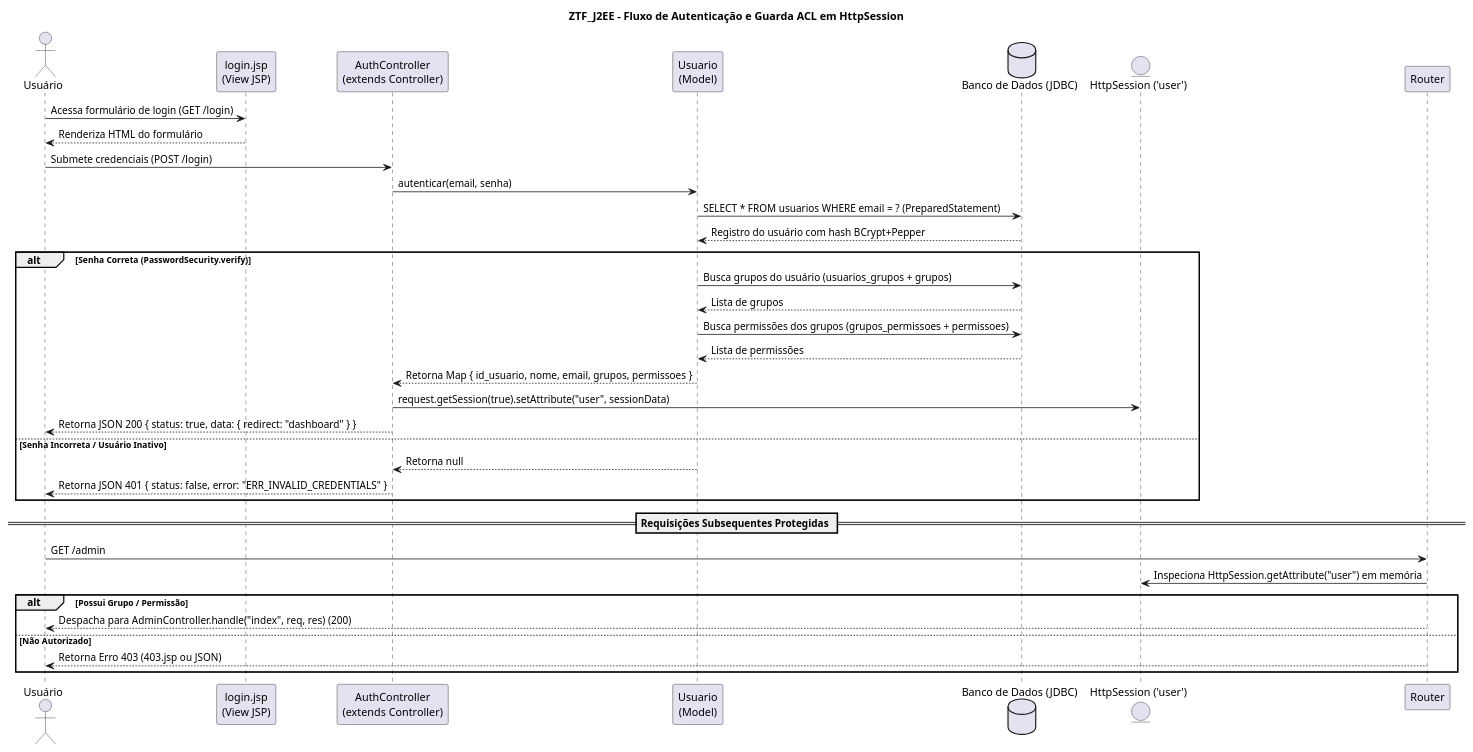
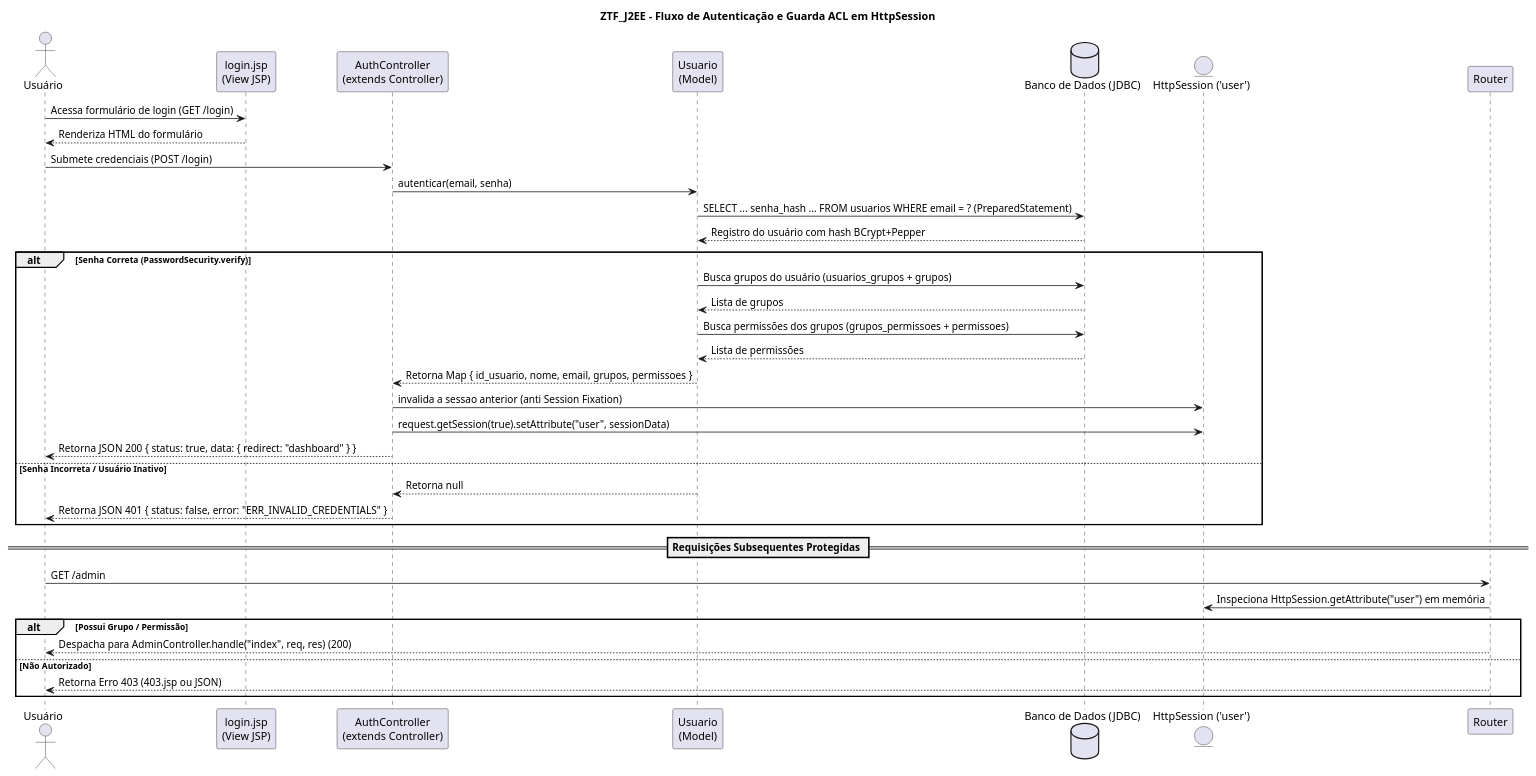
One commit to roobertoAlves/hospital-case-backend changed the diagram in src/main/webapp/WEB-INF/documentation/Session_ACL.puml. Above: the diagram before and after it, drawn with PlantUML. The commit also changed 11 other files, not shown here.

First line of the commit message:
docs: atualiza PlantUML, manual e README para recuperacao por token e banco hospital

```diff
--- a/src/main/webapp/WEB-INF/documentation/Session_ACL.puml
+++ b/src/main/webapp/WEB-INF/documentation/Session_ACL.puml
@@ -1,44 +1,45 @@
 @startuml Session_ACL
 title ZTF_J2EE - Fluxo de Autenticação e Guarda ACL em HttpSession
 
 actor "Usuário" as User
 participant "login.jsp\n(View JSP)" as View
 participant "AuthController\n(extends Controller)" as Auth
 participant "Usuario\n(Model)" as Model
 database "Banco de Dados (JDBC)" as DB
 entity "HttpSession ('user')" as Session
 participant "Router" as Router
 
 User -> View : Acessa formulário de login (GET /login)
 View --> User : Renderiza HTML do formulário
 
 User -> Auth : Submete credenciais (POST /login)
 Auth -> Model : autenticar(email, senha)
-Model -> DB : SELECT * FROM usuarios WHERE email = ? (PreparedStatement)
+Model -> DB : SELECT ... senha_hash ... FROM usuarios WHERE email = ? (PreparedStatement)
 DB --> Model : Registro do usuário com hash BCrypt+Pepper
 
 alt Senha Correta (PasswordSecurity.verify)
     Model -> DB : Busca grupos do usuário (usuarios_grupos + grupos)
     DB --> Model : Lista de grupos
     Model -> DB : Busca permissões dos grupos (grupos_permissoes + permissoes)
     DB --> Model : Lista de permissões
 
     Model --> Auth : Retorna Map { id_usuario, nome, email, grupos, permissoes }
+    Auth -> Session : invalida a sessao anterior (anti Session Fixation)
     Auth -> Session : request.getSession(true).setAttribute("user", sessionData)
     Auth --> User : Retorna JSON 200 { status: true, data: { redirect: "dashboard" } }
 else Senha Incorreta / Usuário Inativo
     Model --> Auth : Retorna null
     Auth --> User : Retorna JSON 401 { status: false, error: "ERR_INVALID_CREDENTIALS" }
 end
 
 == Requisições Subsequentes Protegidas ==
 
 User -> Router : GET /admin
 Router -> Session : Inspeciona HttpSession.getAttribute("user") em memória
 alt Possui Grupo / Permissão
     Router --> User : Despacha para AdminController.handle("index", req, res) (200)
 else Não Autorizado
     Router --> User : Retorna Erro 403 (403.jsp ou JSON)
 end
 
 @enduml
```
